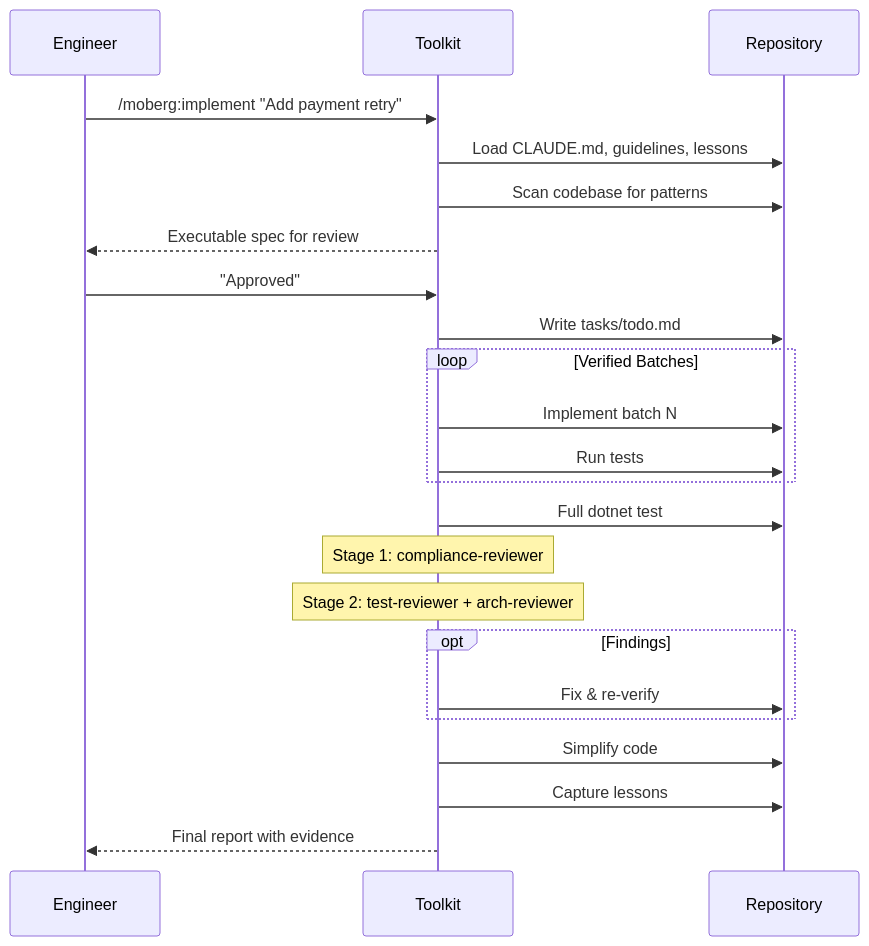
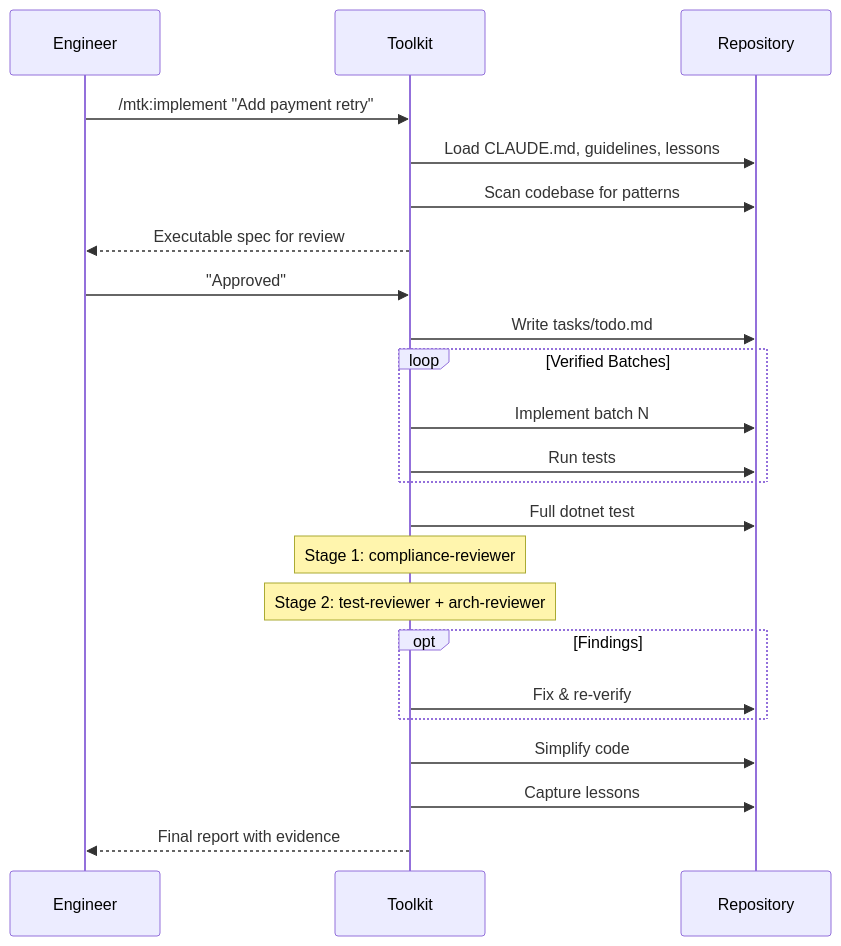
The fifth of 8 diagrams in README.md (moberghr/mtk-agent-toolkit), drawn with Mermaid before and after one commit. The commit also changed other lines of this file and 21 other files, not shown here.

````diff
--- a/README.md
+++ b/README.md
@@ -404,30 +404,30 @@
 ```mermaid
 sequenceDiagram
     participant E as Engineer
     participant T as Toolkit
     participant R as Repository
 
-    E->>T: /moberg:implement "Add payment retry"
+    E->>T: /mtk:implement "Add payment retry"
     T->>R: Load CLAUDE.md, guidelines, lessons
     T->>R: Scan codebase for patterns
     T-->>E: Executable spec for review
 
     E->>T: "Approved"
     T->>R: Write tasks/todo.md
     loop Verified Batches
         T->>R: Implement batch N
         T->>R: Run tests
     end
     T->>R: Full dotnet test
 
     Note over T: Stage 1: compliance-reviewer
     Note over T: Stage 2: test-reviewer + arch-reviewer
 
     opt Findings
         T->>R: Fix & re-verify
     end
 
     T->>R: Simplify code
     T->>R: Capture lessons
     T-->>E: Final report with evidence
 ```
````
